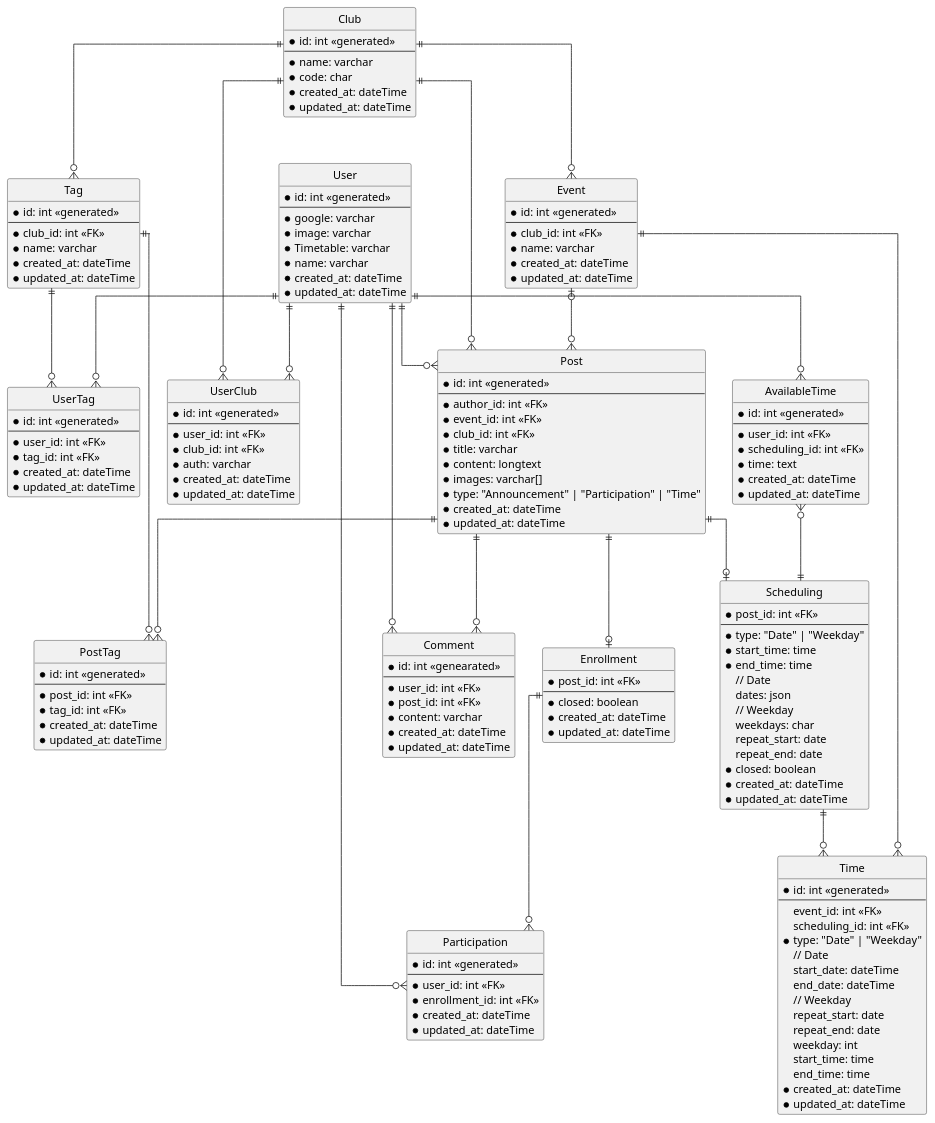
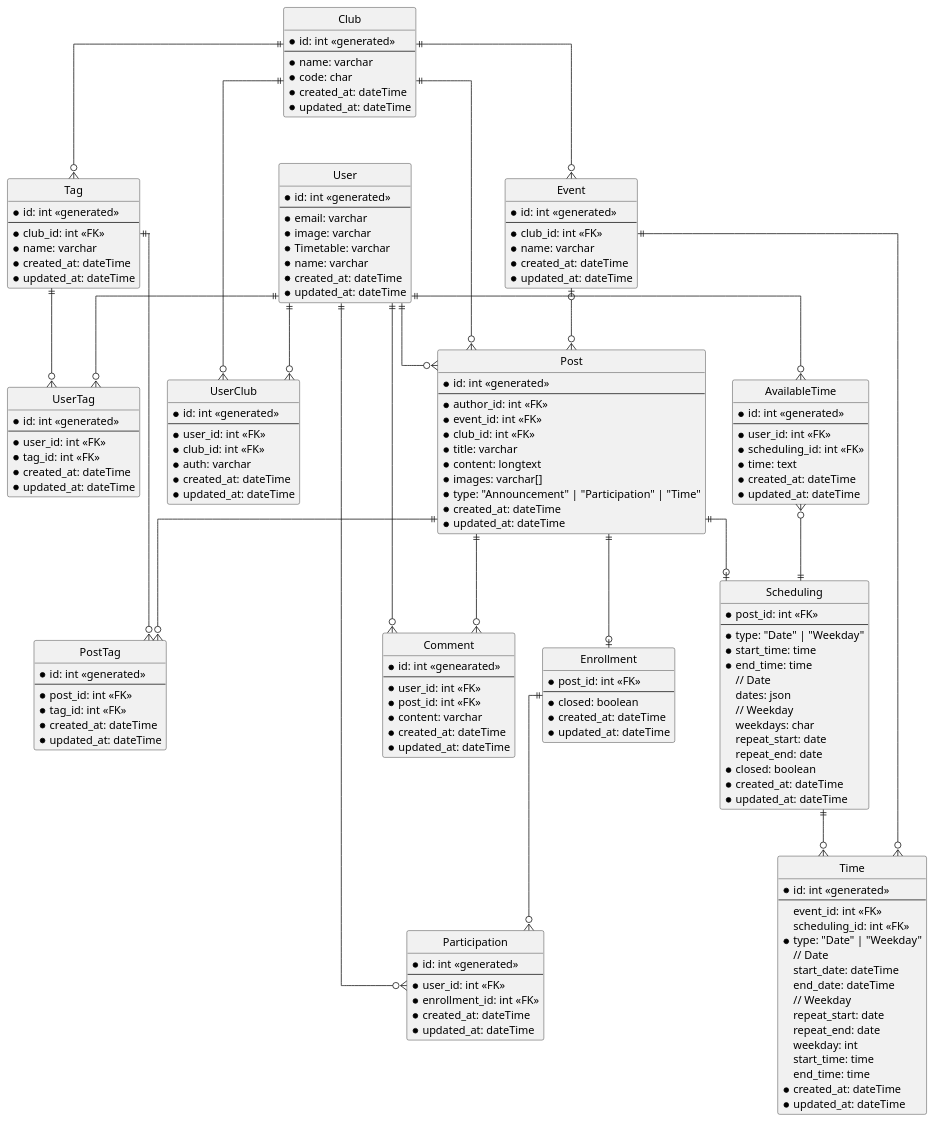
The diagram in udong-backend/docs/db-schema.puml (swsnu/swppfall2022-team1), drawn with PlantUML before and after one commit.

Commit message:
Update User schema

```diff
--- a/udong-backend/docs/db-schema.puml
+++ b/udong-backend/docs/db-schema.puml
@@ -1,180 +1,180 @@
 @startuml Udong
 hide circle
 
 skinparam linetype ortho
 
 entity User {
   *id: int <<generated>>
   --
-  *google: varchar
+  *email: varchar
   *image: varchar
   *Timetable: varchar
   *name: varchar
   *created_at: dateTime
   *updated_at: dateTime
 }
 
 entity Club {
   *id: int <<generated>>
   --
   *name: varchar
   *code: char
   *created_at: dateTime
   *updated_at: dateTime
 }
 
 entity UserClub {
   *id: int <<generated>>
   --
   *user_id: int <<FK>>
   *club_id: int <<FK>>
   *auth: varchar
   *created_at: dateTime
   *updated_at: dateTime
 }
 
 entity Event {
   *id: int <<generated>>
   --
   *club_id: int <<FK>>
   *name: varchar
   *created_at: dateTime
   *updated_at: dateTime
 }
 
 entity Time {
   *id: int <<generated>>
   --
   event_id: int <<FK>>
   scheduling_id: int <<FK>>
   *type: "Date" | "Weekday"
   // Date
   start_date: dateTime
   end_date: dateTime
   // Weekday
   repeat_start: date
   repeat_end: date
   weekday: int
   start_time: time
   end_time: time
   *created_at: dateTime
   *updated_at: dateTime
 }
 
 entity Tag {
   *id: int <<generated>>
   --
   *club_id: int <<FK>>
   *name: varchar
   *created_at: dateTime
   *updated_at: dateTime
 }
 
 entity UserTag {
   *id: int <<generated>>
   --
   *user_id: int <<FK>>
   *tag_id: int <<FK>>
   *created_at: dateTime
   *updated_at: dateTime
 }
 
 entity Post {
   *id: int <<generated>>
   --
   *author_id: int <<FK>>
   *event_id: int <<FK>>
   *club_id: int <<FK>>
   *title: varchar
   *content: longtext
   *images: varchar[]
   *type: "Announcement" | "Participation" | "Time"
   *created_at: dateTime
   *updated_at: dateTime
 }
 
 entity Enrollment {
   *post_id: int <<FK>>
   --
   *closed: boolean
   *created_at: dateTime
   *updated_at: dateTime
 }
 
 entity Scheduling {
   *post_id: int <<FK>>
   --
   *type: "Date" | "Weekday"
   *start_time: time
   *end_time: time
   // Date
   dates: json
   // Weekday
   weekdays: char
   repeat_start: date
   repeat_end: date
   *closed: boolean
   *created_at: dateTime
   *updated_at: dateTime
 }
 
 entity Participation {
   *id: int <<generated>>
   --
   *user_id: int <<FK>>
   *enrollment_id: int <<FK>>
   *created_at: dateTime
   *updated_at: dateTime
 }
 
 entity AvailableTime {
   *id: int <<generated>>
   --
   *user_id: int <<FK>>
   *scheduling_id: int <<FK>>
   *time: text
   *created_at: dateTime
   *updated_at: dateTime
 }
 
 entity Comment {
   *id: int <<genearated>>
   --
   *user_id: int <<FK>>
   *post_id: int <<FK>>
   *content: varchar
   *created_at: dateTime
   *updated_at: dateTime
 }
 
 entity PostTag {
   *id: int <<generated>>
   --
   *post_id: int <<FK>>
   *tag_id: int <<FK>>
   *created_at: dateTime
   *updated_at: dateTime
 }
 
 User ||--o{ UserClub
 Club ||--o{ UserClub
 Club ||--o{ Event
 Time }o-left-|| Event
 User ||--o{ UserTag
 Tag ||--o{ UserTag
 Event |o-down-o{ Post
 Post }o-up-|| User
 Enrollment |o-up-|| Post
 Scheduling |o-up-|| Post
 Scheduling ||--o{ Time
 User ||--o{ Participation
 Enrollment ||--o{ Participation
 User ||--o{ AvailableTime
 AvailableTime }o-d-|| Scheduling
 User ||--o{ Comment
 Post ||--o{ PostTag
 Tag }o-up-|| Club
 Tag ||--o{ PostTag
 Post ||--o{ Comment
 Post }o--|| Club
 @enduml
```
